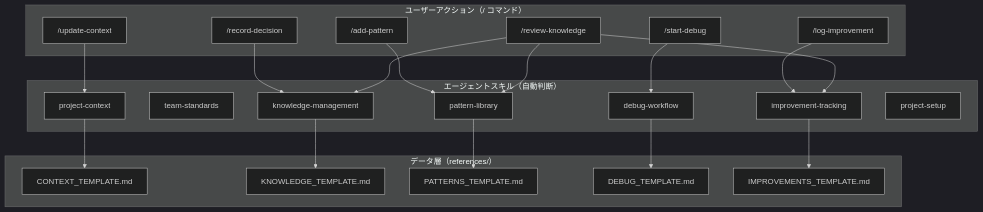
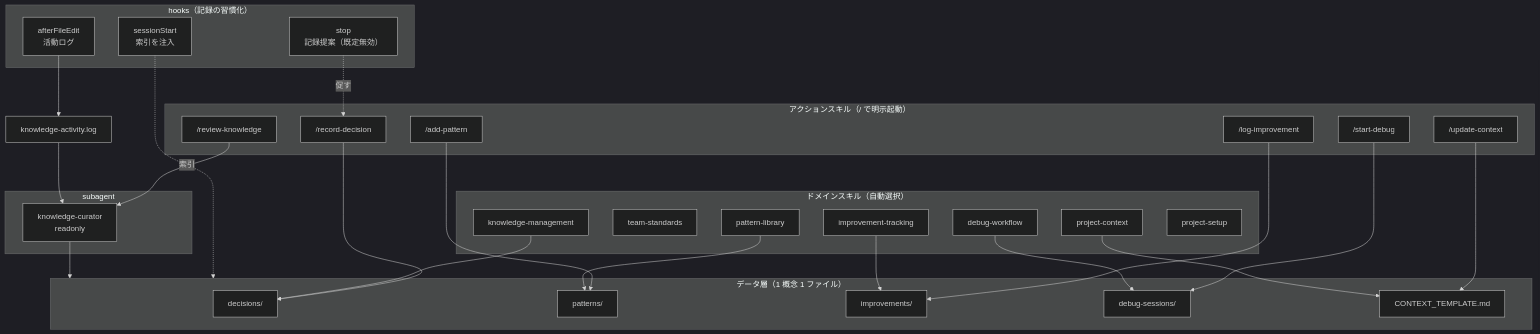
Before and after one commit to shioki/Cursor-Knowledge-Management-System: the diagram in docs/cursor-knowledge-management-system.md, drawn with Mermaid (dark theme). The commit also changed other lines of this file and 13 other files, not shown here.

````diff
--- a/docs/cursor-knowledge-management-system.md
+++ b/docs/cursor-knowledge-management-system.md
@@ -37,44 +54,59 @@
 ```mermaid
 graph TB
-    subgraph userActions ["ユーザーアクション（/ コマンド）"]
-        CMD1["/record-decision"]
-        CMD2["/add-pattern"]
-        CMD3["/start-debug"]
-        CMD4["/log-improvement"]
-        CMD5["/review-knowledge"]
-        CMD6["/update-context"]
+    subgraph hooks ["hooks（記録の習慣化）"]
+        H1["sessionStart<br/>索引を注入"]
+        H2["afterFileEdit<br/>活動ログ"]
+        H3["stop<br/>記録提案（既定無効）"]
     end
 
-    subgraph agentSkills ["エージェントスキル（自動判断）"]
+    subgraph action ["アクションスキル（/ で明示起動）"]
+        A1["/record-decision"]
+        A2["/add-pattern"]
+        A3["/start-debug"]
+        A4["/log-improvement"]
+        A5["/review-knowledge"]
+        A6["/update-context"]
+    end
+
+    subgraph domain ["ドメインスキル（自動選択）"]
         SK1["project-context"]
         SK2["team-standards"]
         SK3["knowledge-management"]
         SK4["pattern-library"]
         SK5["debug-workflow"]
         SK6["improvement-tracking"]
         SK7["project-setup"]
     end
 
-    subgraph dataLayer ["データ層（references/）"]
-        D1["CONTEXT_TEMPLATE.md"]
-        D2["KNOWLEDGE_TEMPLATE.md"]
-        D3["PATTERNS_TEMPLATE.md"]
-        D4["DEBUG_TEMPLATE.md"]
-        D5["IMPROVEMENTS_TEMPLATE.md"]
+    subgraph sub ["subagent"]
+        CUR["knowledge-curator<br/>readonly"]
     end
 
-    CMD1 --> SK3
-    CMD2 --> SK4
-    CMD3 --> SK5
-    CMD4 --> SK6
-    CMD5 --> SK3
-    CMD5 --> SK4
-    CMD5 --> SK6
-    CMD6 --> SK1
+    subgraph data ["データ層（1 概念 1 ファイル）"]
+        D1["decisions/"]
+        D2["patterns/"]
+        D3["improvements/"]
+        D4["debug-sessions/"]
+        D5["CONTEXT_TEMPLATE.md"]
+    end
 
-    SK1 --> D1
-    SK3 --> D2
-    SK4 --> D3
+    H1 -.索引.-> data
+    H2 --> LOG["knowledge-activity.log"]
+    H3 -.促す.-> A1
+
+    A1 --> D1
+    A2 --> D2
+    A3 --> D4
+    A4 --> D3
+    A5 --> CUR
+    A6 --> D5
+
+    CUR --> data
+    LOG --> CUR
+
+    SK1 --> D5
+    SK3 --> D1
+    SK4 --> D2
     SK5 --> D4
-    SK6 --> D5
+    SK6 --> D3
 ```
````
